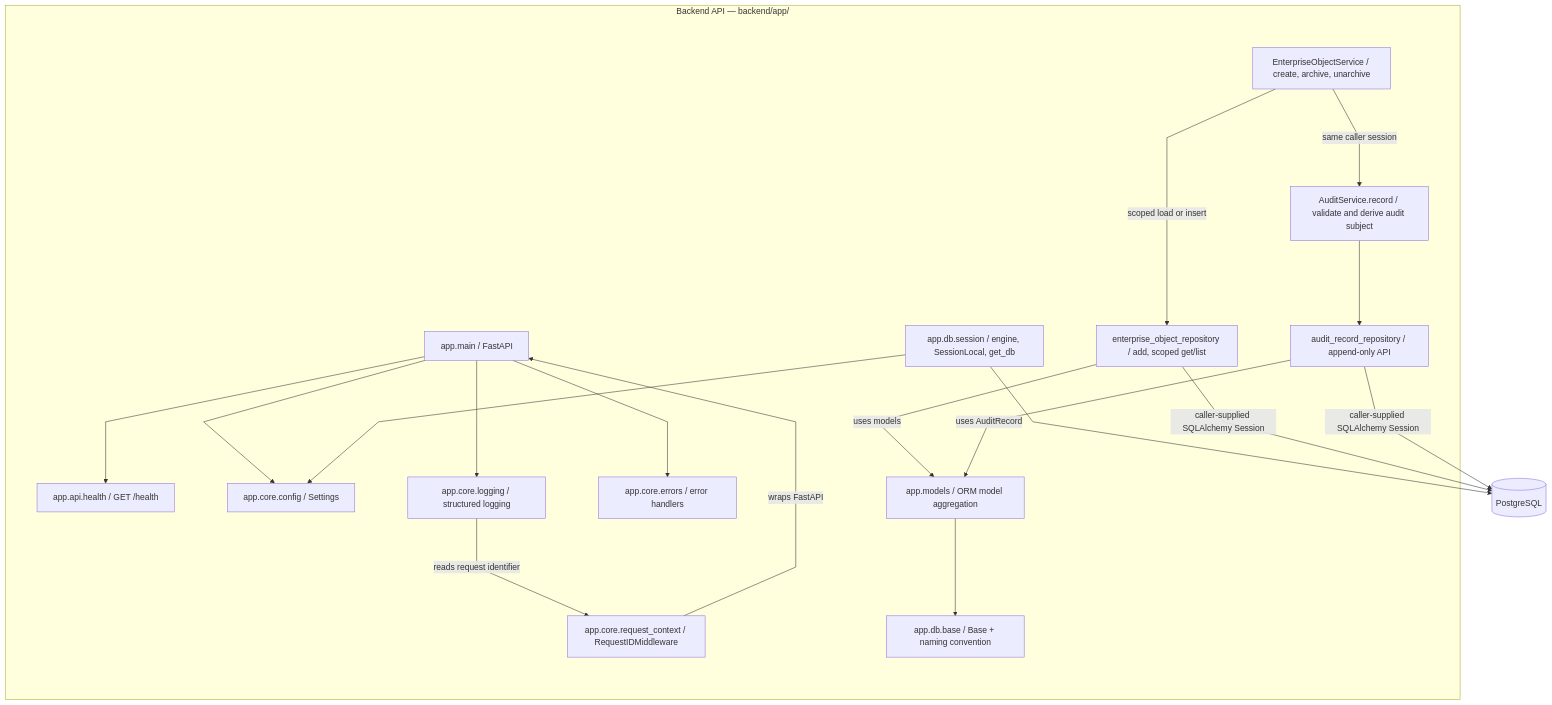
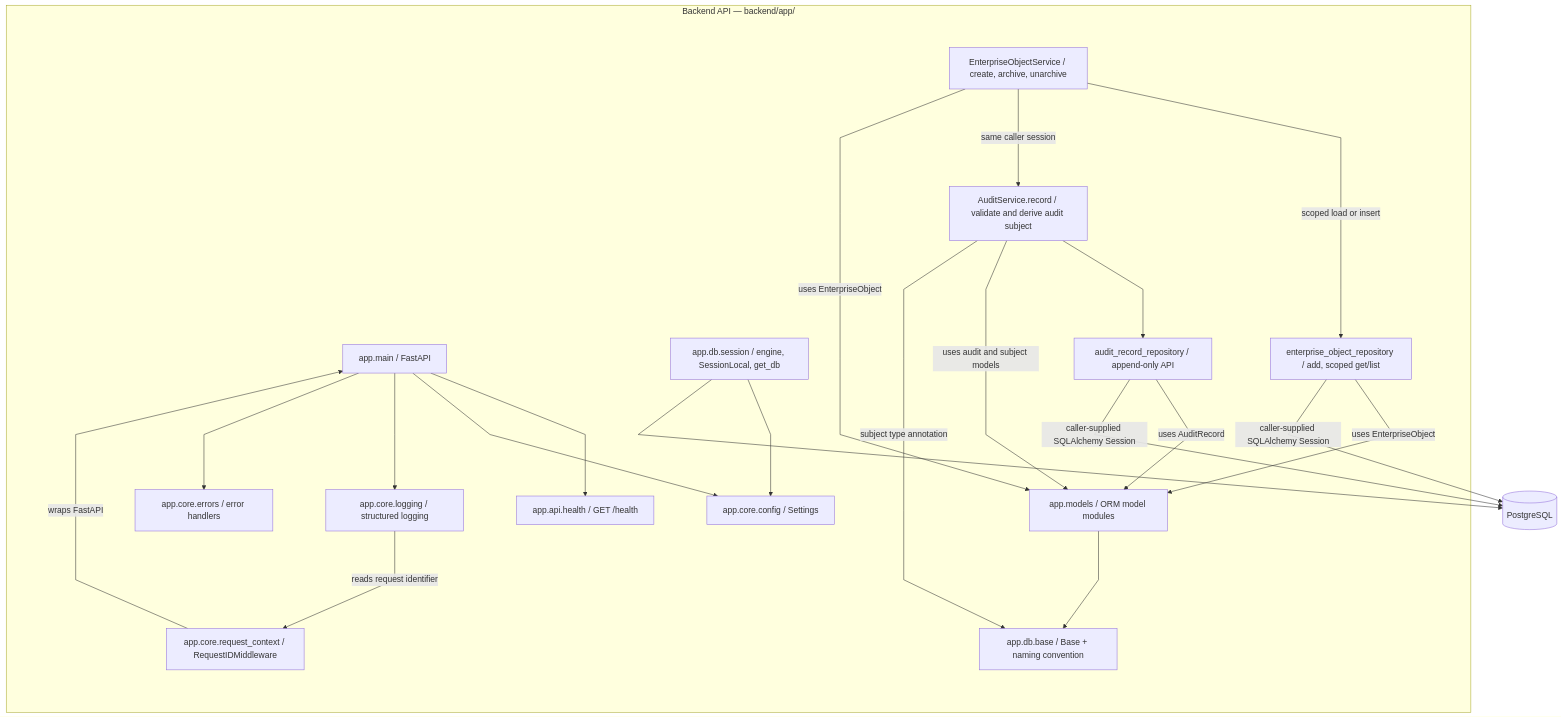
The first of 2 diagrams in docs/c4/C3_COMPONENT.md (ArtheosClub/Bizzi_Project), drawn with Mermaid before and after one commit. The commit also changed other lines of this file, not shown here.

Commit message:
docs(c4): clarify model-layer dependencies
State the inclusion criterion for service and repository dependencies on
model and persistence layers, including explicitly labelled type usage.
Keep internal helpers outside this view without implying their absence.

Add EnterpriseObjectService and AuditService model dependencies and label
AuditService's Base dependency as a subject type annotation. Distinguish
model submodule usage from the package's separate Alembic aggregation role.
Name EnterpriseObject explicitly on its repository's model-use edge.

Preserve the layer matrix, caller-owned transaction explanation, deferred
integrations and second graph. No backend behavior or governance scope changes.

Both graphs parsed and rendered locally from the exact full document, with
source bytes unchanged during rendering. GitHub rendering remains unverified
until publication.

````diff
--- a/docs/c4/C3_COMPONENT.md
+++ b/docs/c4/C3_COMPONENT.md
@@ -10,36 +15,39 @@
 ```mermaid
 %%{init: {"flowchart": {"nodeSpacing": 100, "rankSpacing": 160, "curve": "linear"}}}%%
 flowchart TB
     subgraph API["Backend API — backend/app/"]
         main["app.main / FastAPI"]
         health["app.api.health / GET /health"]
         config["app.core.config / Settings"]
         logging_["app.core.logging / structured logging"]
         errors["app.core.errors / error handlers"]
         request["app.core.request_context / RequestIDMiddleware"]
         session["app.db.session / engine, SessionLocal, get_db"]
         base["app.db.base / Base + naming convention"]
-        models["app.models / ORM model aggregation"]
+        models["app.models / ORM model modules"]
         eo["EnterpriseObjectService / create, archive, unarchive"]
         eorepo["enterprise_object_repository / add, scoped get/list"]
         audit["AuditService.record / validate and derive audit subject"]
         auditrepo["audit_record_repository / append-only API"]
     end
     db[("PostgreSQL")]
     main --> health
     main --> config
     main --> logging_
     main --> errors
     request -->|"wraps FastAPI"| main
     logging_ -->|"reads request identifier"| request
     session --> config
     session --> db
     models --> base
     eo -->|"scoped load or insert"| eorepo
     eo -->|"same caller session"| audit
     audit --> auditrepo
-    eorepo -->|"uses models"| models
+    eo -->|"uses EnterpriseObject"| models
+    audit -->|"uses audit and subject models"| models
+    audit -->|"subject type annotation"| base
+    eorepo -->|"uses EnterpriseObject"| models
     auditrepo -->|"uses AuditRecord"| models
     eorepo -->|"caller-supplied SQLAlchemy Session"| db
     auditrepo -->|"caller-supplied SQLAlchemy Session"| db
 ```
````
